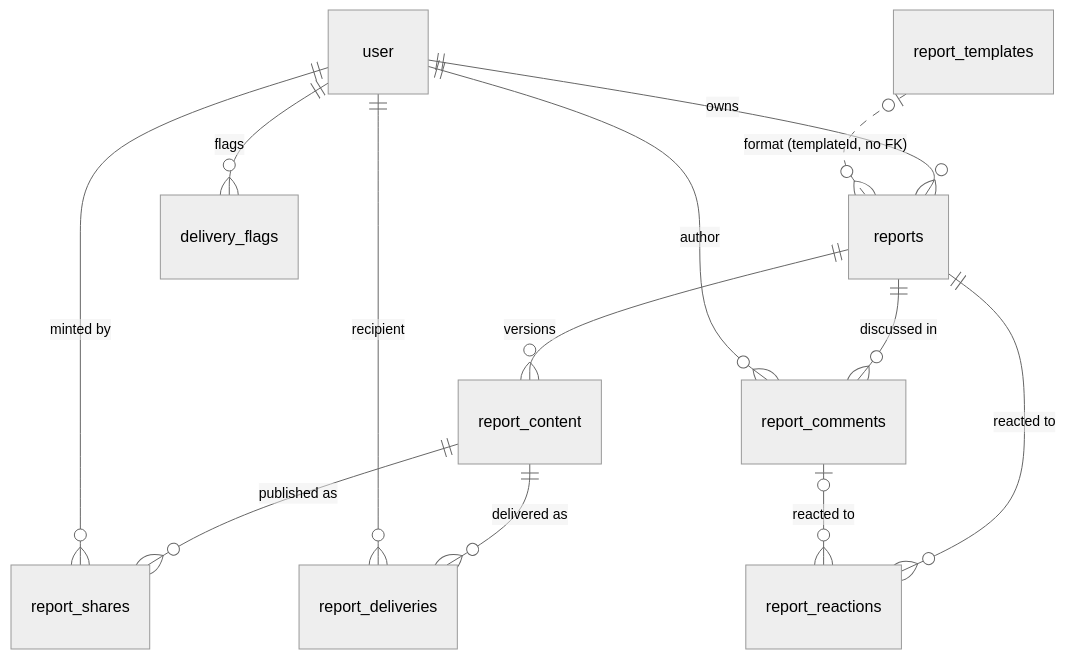
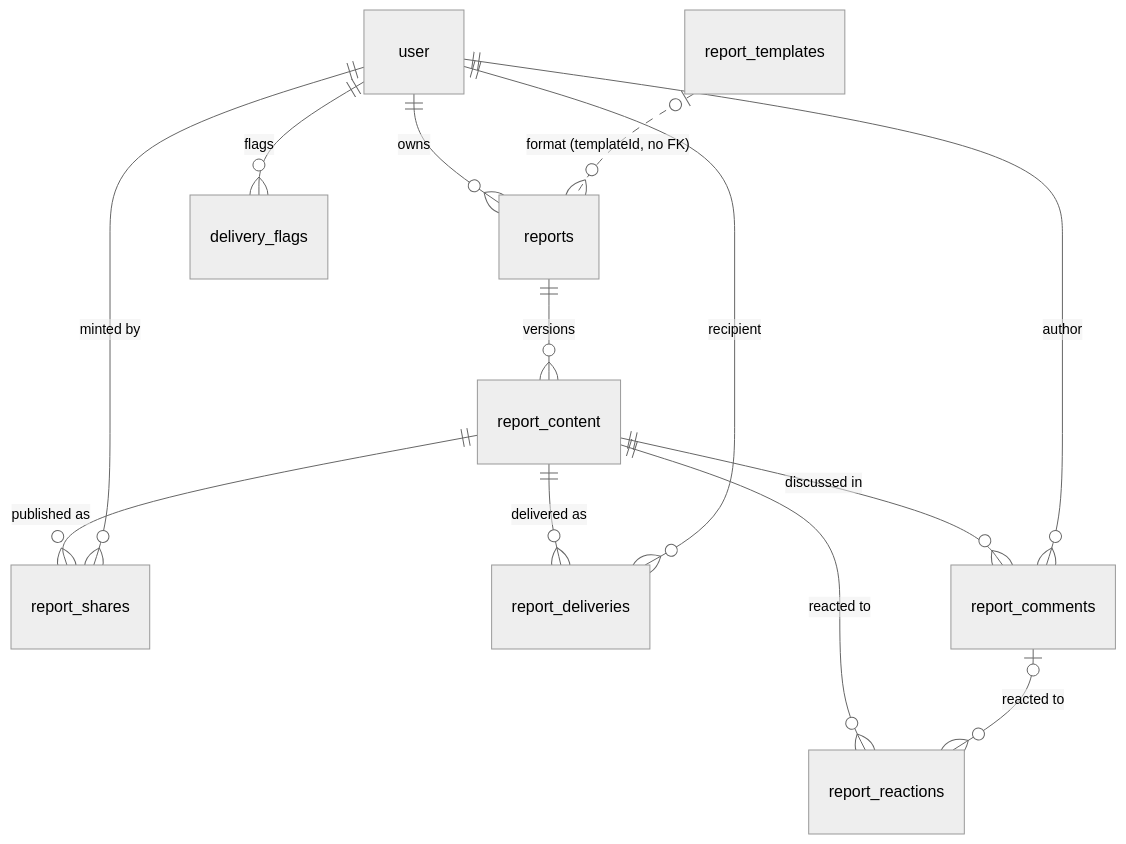
The sixth of 9 diagrams in docs/data-model.md (spantail/spantail), drawn with Mermaid (neutral theme) before and after one commit. The commit also changed other lines of this file and 39 other files, not shown here.

First line of the commit message:
feat(discussion): rebase comments and reactions on content versions (#150)

````diff
--- a/docs/data-model.md
+++ b/docs/data-model.md
@@ -224,15 +224,15 @@
 ```mermaid
 erDiagram
     user ||--o{ reports : "owns"
     report_templates |o..o{ reports : "format (templateId, no FK)"
     reports ||--o{ report_content : "versions"
     report_content ||--o{ report_shares : "published as"
     report_content ||--o{ report_deliveries : "delivered as"
     user ||--o{ report_shares : "minted by"
-    reports ||--o{ report_comments : "discussed in"
-    reports ||--o{ report_reactions : "reacted to"
+    report_content ||--o{ report_comments : "discussed in"
+    report_content ||--o{ report_reactions : "reacted to"
     report_comments |o--o{ report_reactions : "reacted to"
     user ||--o{ report_deliveries : "recipient"
     user ||--o{ report_comments : "author"
     user ||--o{ delivery_flags : "flags"
 ```
````
